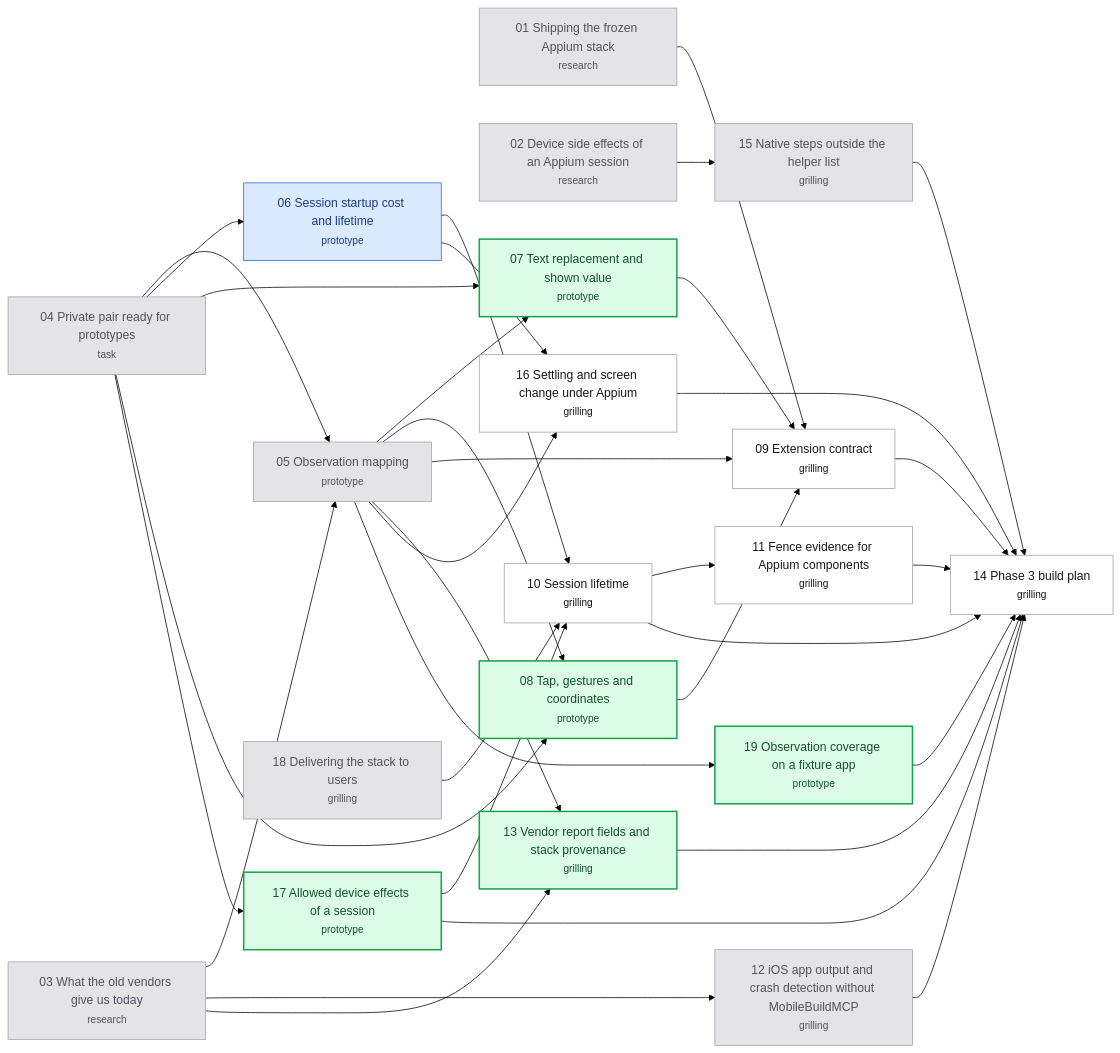
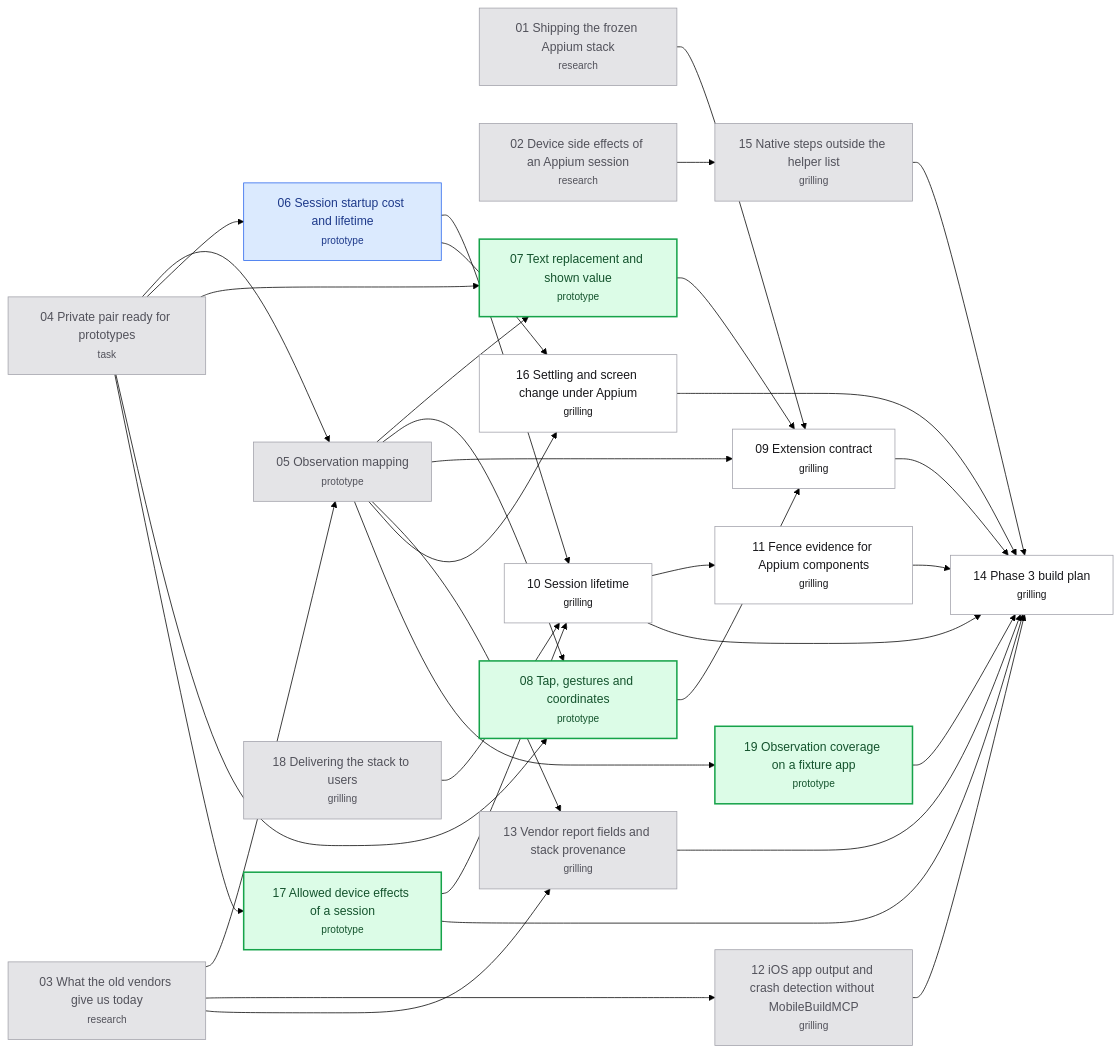
One commit to hugues-vnsgn/jev-ios-bridge changed the diagram in .scratch/appium-phase3/map.md. Above: the diagram before and after it, drawn with Mermaid (forest theme). The commit also changed other lines of this file and 2 other files, not shown here.

Commit message:
docs(appium-phase3): resolve Vendor report fields and stack provenance

````diff
--- a/.scratch/appium-phase3/map.md
+++ b/.scratch/appium-phase3/map.md
@@ -80,62 +81,62 @@
 ```mermaid
 flowchart LR
     T01["01 Shipping the frozen Appium stack<br/><small>research</small>"]
     T02["02 Device side effects of an Appium session<br/><small>research</small>"]
     T03["03 What the old vendors give us today<br/><small>research</small>"]
     T04["04 Private pair ready for prototypes<br/><small>task</small>"]
     T05["05 Observation mapping<br/><small>prototype</small>"]
     T06["06 Session startup cost and lifetime<br/><small>prototype</small>"]
     T07["07 Text replacement and shown value<br/><small>prototype</small>"]
     T08["08 Tap, gestures and coordinates<br/><small>prototype</small>"]
     T09["09 Extension contract<br/><small>grilling</small>"]
     T10["10 Session lifetime<br/><small>grilling</small>"]
     T11["11 Fence evidence for Appium components<br/><small>grilling</small>"]
     T12["12 iOS app output and crash detection without MobileBuildMCP<br/><small>grilling</small>"]
     T13["13 Vendor report fields and stack provenance<br/><small>grilling</small>"]
     T14["14 Phase 3 build plan<br/><small>grilling</small>"]
     T15["15 Native steps outside the helper list<br/><small>grilling</small>"]
     T16["16 Settling and screen change under Appium<br/><small>grilling</small>"]
     T17["17 Allowed device effects of a session<br/><small>prototype</small>"]
     T18["18 Delivering the stack to users<br/><small>grilling</small>"]
     T19["19 Observation coverage on a fixture app<br/><small>prototype</small>"]
     T03 --> T05
     T04 --> T05
     T04 --> T06
     T04 --> T07
     T05 --> T07
     T04 --> T08
     T05 --> T08
     T01 --> T09
     T05 --> T09
     T07 --> T09
     T08 --> T09
     T06 --> T10
     T17 --> T10
     T18 --> T10
     T10 --> T11
     T03 --> T12
     T03 --> T13
     T05 --> T13
     T09 --> T14
     T10 --> T14
     T11 --> T14
     T12 --> T14
     T13 --> T14
     T15 --> T14
     T16 --> T14
     T17 --> T14
     T19 --> T14
     T02 --> T15
     T05 --> T16
     T06 --> T16
     T04 --> T17
     T05 --> T19
     classDef resolved fill:#e4e4e7,stroke:#a1a1aa,color:#52525b
     classDef claimed fill:#dbeafe,stroke:#2563eb,color:#1e3a8a
     classDef frontier fill:#dcfce7,stroke:#16a34a,color:#14532d,stroke-width:2px
     classDef blocked fill:#ffffff,stroke:#a1a1aa,color:#18181b
-    class T01,T02,T03,T04,T05,T12,T15,T18 resolved
+    class T01,T02,T03,T04,T05,T12,T13,T15,T18 resolved
     class T06 claimed
-    class T07,T08,T13,T17,T19 frontier
+    class T07,T08,T17,T19 frontier
     class T09,T10,T11,T14,T16 blocked
 ```
````
